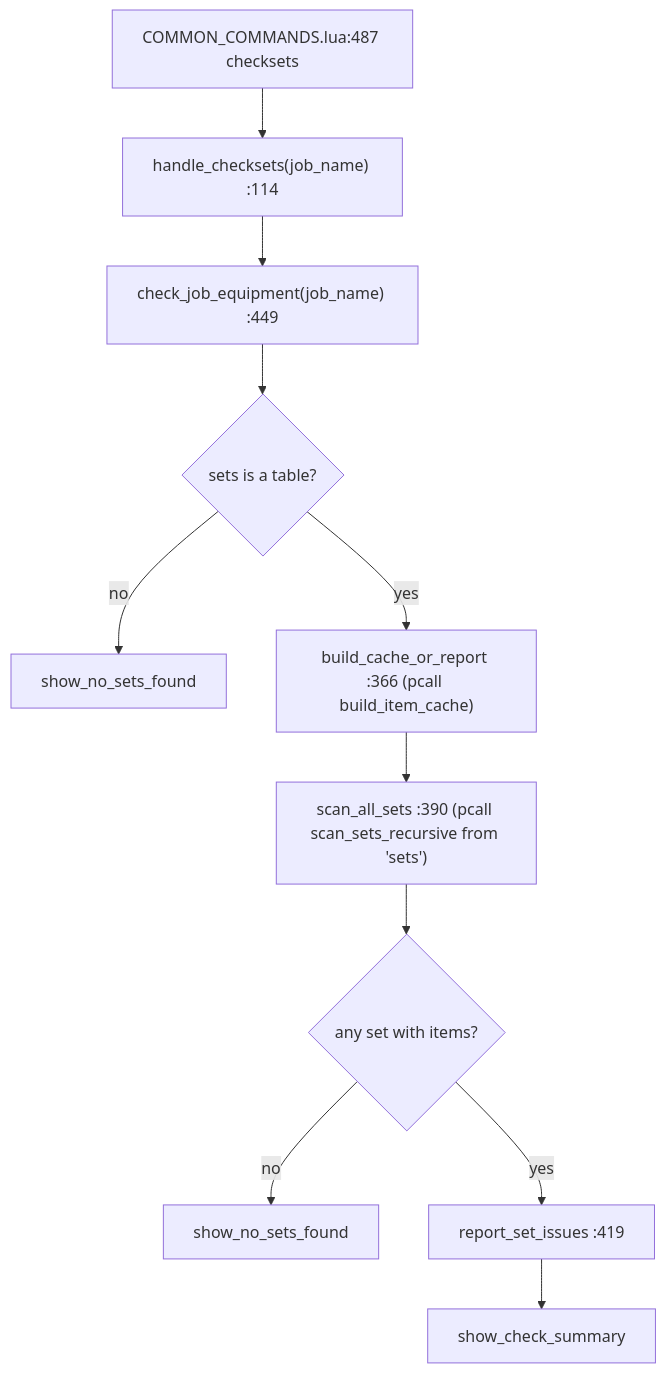
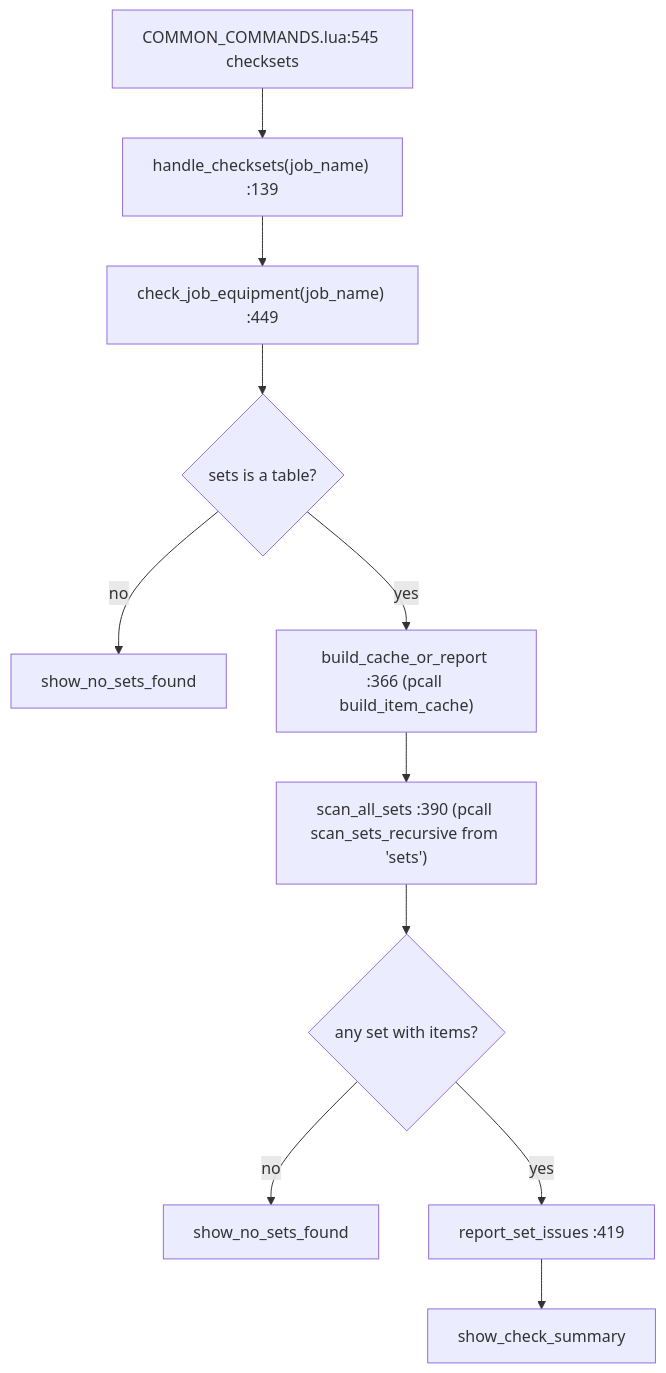
One commit to ejouanchicot/Gearswap changed the first of 3 diagrams in docs/dev/systems/equipment-and-inventory.md. Above: the diagram before and after it, drawn with Mermaid. The commit also changed other lines of this file and 81 other files, not shown here.

````diff
--- a/docs/dev/systems/equipment-and-inventory.md
+++ b/docs/dev/systems/equipment-and-inventory.md
@@ -29,13 +34,13 @@
 ```mermaid
 flowchart TD
-    A["COMMON_COMMANDS.lua:487 checksets"] --> B["handle_checksets(job_name) :114"]
+    A["COMMON_COMMANDS.lua:545 checksets"] --> B["handle_checksets(job_name) :139"]
     B --> C["check_job_equipment(job_name) :449"]
     C --> D{"sets is a table?"}
     D -- no --> X1["show_no_sets_found"]
     D -- yes --> E["build_cache_or_report :366 (pcall build_item_cache)"]
     E --> F["scan_all_sets :390 (pcall scan_sets_recursive from 'sets')"]
     F --> G{"any set with items?"}
     G -- no --> X2["show_no_sets_found"]
     G -- yes --> H["report_set_issues :419"]
     H --> I["show_check_summary"]
 ```
````
